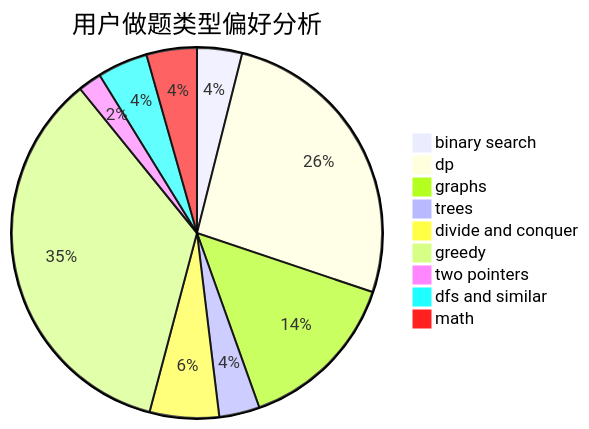
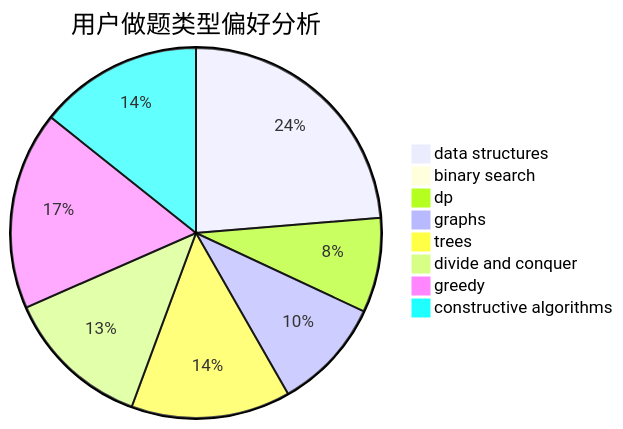
Before and after one commit to sherpahu/cfrs.github.io: the second of 3 diagrams in docs/user/u2274.md, drawn with Mermaid. The commit also changed other lines of this file and 2775 other files, not shown here.

````diff
--- a/docs/user/u2274.md
+++ b/docs/user/u2274.md
@@ -23,12 +23,11 @@
 ```mermaid
 pie title 用户做题类型偏好分析
-    "binary search" :  50
-    "dp" :  334
-    "graphs" :  183
-    "trees" :  45
-    "divide and conquer" :  77
-    "greedy" :  446
-    "two pointers" :  26
-    "dfs and similar" :  56
-    "math" :  56
+    "data structures" :  63
+    "binary search" :  2
+    "dp" :  22
+    "graphs" :  26
+    "trees" :  37
+    "divide and conquer" :  34
+    "greedy" :  46
+    "constructive algorithms" :  38
 ```
````
